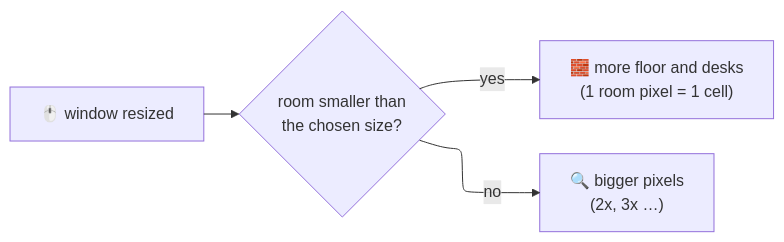
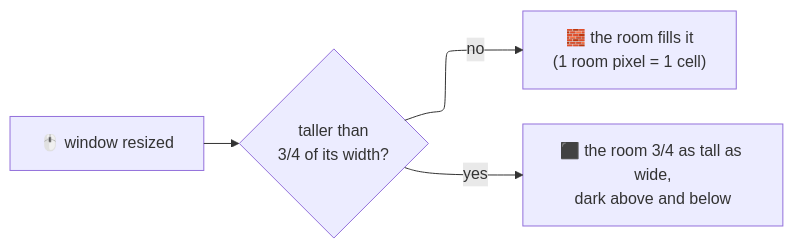
One commit to zelvet-velvet/clawd-room changed the first of 5 diagrams in Clawd Room Note/Design/Interaction.md. Above: the diagram before and after it, drawn with Mermaid. The commit also changed other lines of this file and 23 other files, not shown here.

First line of the commit message:
feat(room): a Clawd is the same size everywhere, and the 3/4 rule for windows too

````diff
--- a/Clawd Room Note/Design/Interaction.md
+++ b/Clawd Room Note/Design/Interaction.md
@@ -117,7 +116,7 @@
 ```mermaid
 %%{init: {"flowchart": {"defaultRenderer": "elk"}}}%%
 flowchart LR
-    Drag["🖱️ window resized"] --> Fits{"room smaller than<br/>the chosen size?"}
-    Fits -->|yes| Grow["🧱 more floor and desks<br/>(1 room pixel = 1 cell)"]
-    Fits -->|no| Scale["🔍 bigger pixels<br/>(2x, 3x …)"]
+    Drag["🖱️ window resized"] --> Tall{"taller than<br/>3/4 of its width?"}
+    Tall -->|no| Fill["🧱 the room fills it<br/>(1 room pixel = 1 cell)"]
+    Tall -->|yes| Mid["⬛ the room 3/4 as tall as wide,<br/>dark above and below"]
 ```
````
